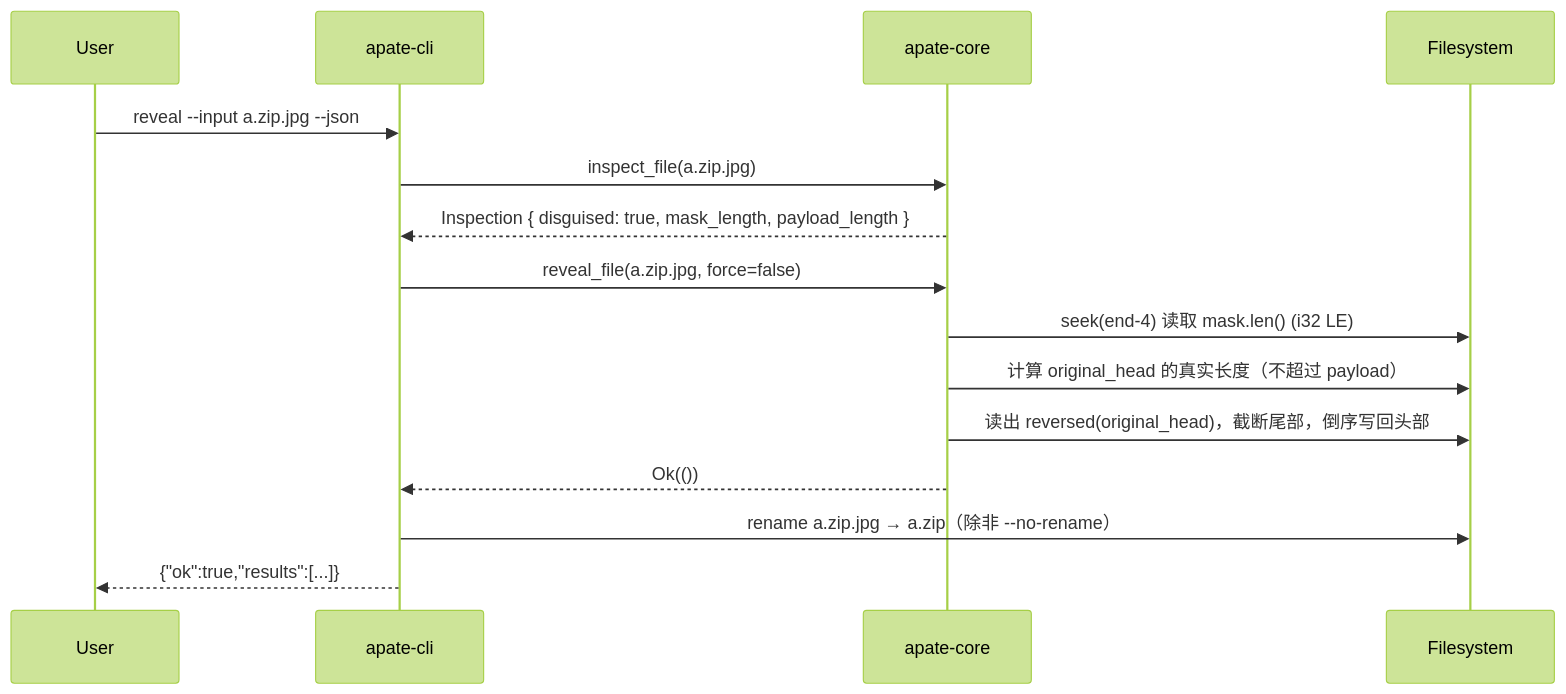
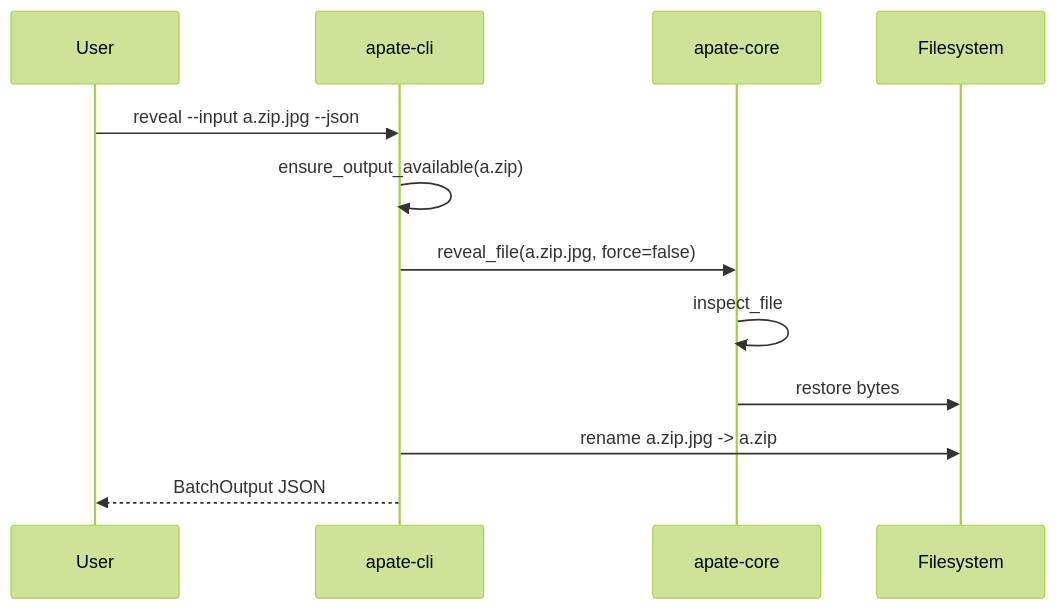
The third of 3 diagrams in docs/ARCHITECTURE.md (SakurajimMai/apate), drawn with Mermaid (forest theme) before and after one commit. The commit also changed other lines of this file and 36 other files, not shown here.

````diff
--- a/docs/ARCHITECTURE.md
+++ b/docs/ARCHITECTURE.md
@@ -77,18 +84,15 @@
 ```mermaid
 sequenceDiagram
     participant U as User
     participant CLI as apate-cli
     participant CORE as apate-core
     participant FS as Filesystem
 
     U->>CLI: reveal --input a.zip.jpg --json
-    CLI->>CORE: inspect_file(a.zip.jpg)
-    CORE-->>CLI: Inspection { disguised: true, mask_length, payload_length }
+    CLI->>CLI: ensure_output_available(a.zip)
     CLI->>CORE: reveal_file(a.zip.jpg, force=false)
-    CORE->>FS: seek(end-4) 读取 mask.len() (i32 LE)
-    CORE->>FS: 计算 original_head 的真实长度（不超过 payload）
-    CORE->>FS: 读出 reversed(original_head)，截断尾部，倒序写回头部
-    CORE-->>CLI: Ok(())
-    CLI->>FS: rename a.zip.jpg → a.zip（除非 --no-rename）
-    CLI-->>U: {"ok":true,"results":[...]}
+    CORE->>CORE: inspect_file
+    CORE->>FS: restore bytes
+    CLI->>FS: rename a.zip.jpg -> a.zip
+    CLI-->>U: BatchOutput JSON
 ```
````
